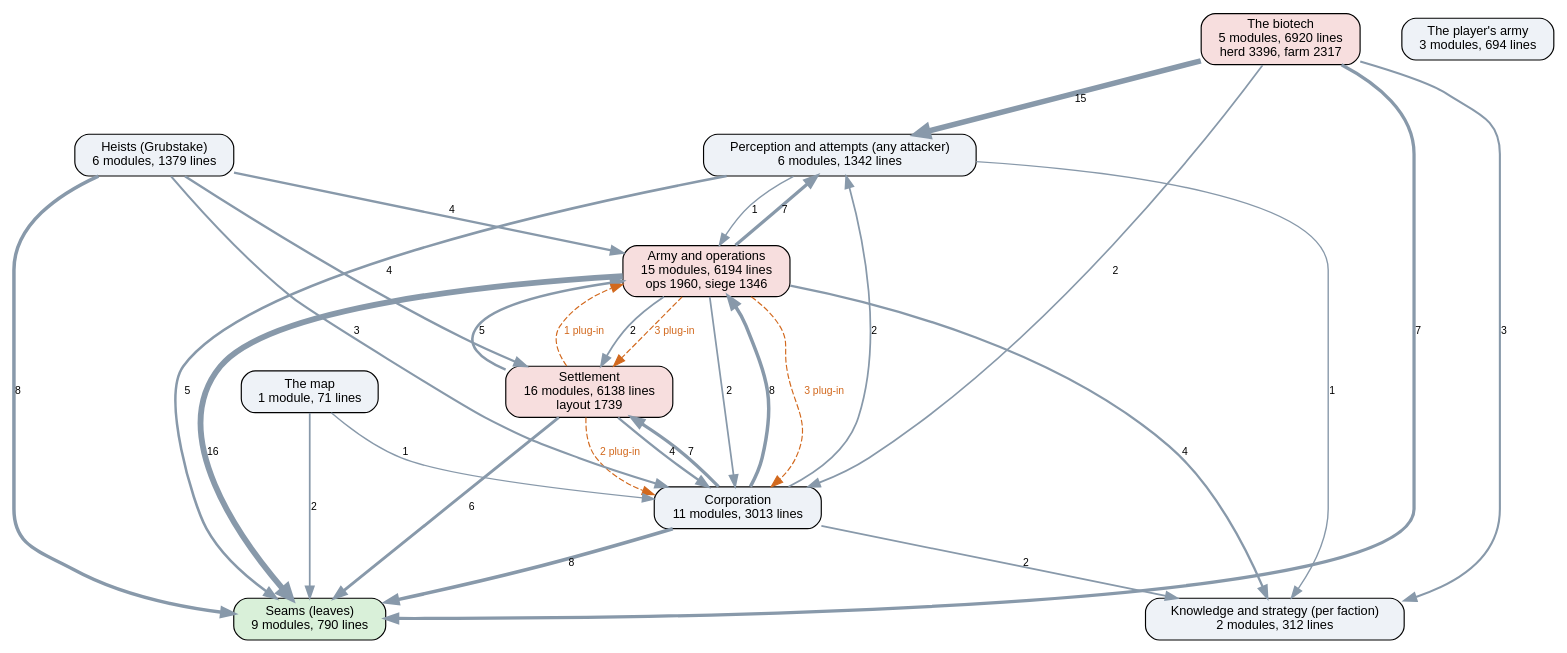
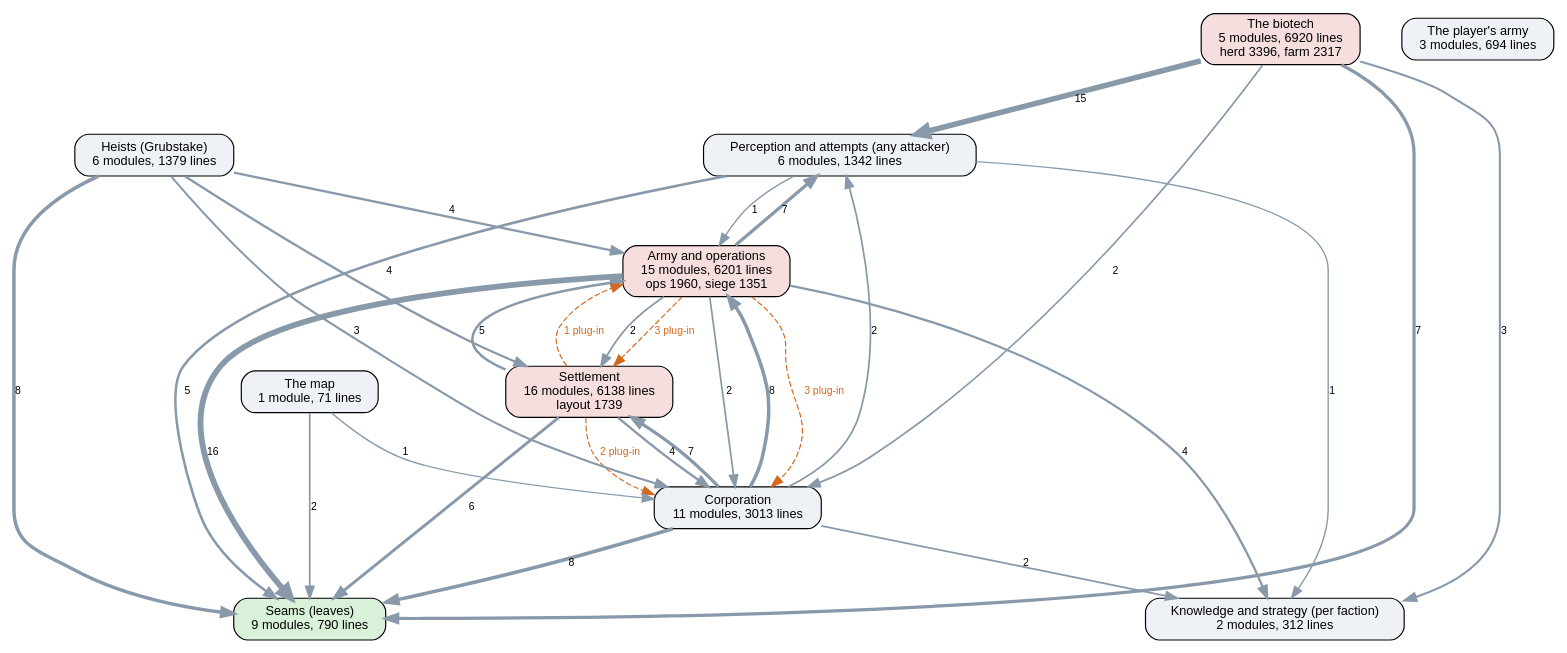
The diagram in docs/ai-layers.dot (kinelhu/landing-party), drawn with Graphviz before and after one commit. The commit also changed 8 other files, not shown here.

```diff
--- a/docs/ai-layers.dot
+++ b/docs/ai-layers.dot
@@ -1,45 +1,45 @@
 digraph layers {
   graph [rankdir=TB, fontname="Helvetica", nodesep=0.5, ranksep=0.7];
   node [shape=box, style="rounded,filled", fontname="Helvetica", fontsize=11, fillcolor="#eef2f7"];
   edge [color="#8899aa", fontname="Helvetica", fontsize=9];
   "Seams (leaves)" [label="Seams (leaves)\n9 modules, 790 lines", fillcolor="#d9f0d9"];
   "Perception and attempts (any attacker)" [label="Perception and attempts (any attacker)\n6 modules, 1342 lines", fillcolor="#eef2f7"];
   "Knowledge and strategy (per faction)" [label="Knowledge and strategy (per faction)\n2 modules, 312 lines", fillcolor="#eef2f7"];
   "Corporation" [label="Corporation\n11 modules, 3013 lines", fillcolor="#eef2f7"];
   "Settlement" [label="Settlement\n16 modules, 6138 lines\nlayout 1739", fillcolor="#f7dede"];
-  "Army and operations" [label="Army and operations\n15 modules, 6194 lines\nops 1960, siege 1346", fillcolor="#f7dede"];
+  "Army and operations" [label="Army and operations\n15 modules, 6201 lines\nops 1960, siege 1351", fillcolor="#f7dede"];
   "Heists (Grubstake)" [label="Heists (Grubstake)\n6 modules, 1379 lines", fillcolor="#eef2f7"];
   "The biotech" [label="The biotech\n5 modules, 6920 lines\nherd 3396, farm 2317", fillcolor="#f7dede"];
   "The map" [label="The map\n1 module, 71 lines", fillcolor="#eef2f7"];
   "The player's army" [label="The player's army\n3 modules, 694 lines", fillcolor="#eef2f7"];
   "Army and operations" -> "Corporation" [label="2", penwidth=1.5];
   "Army and operations" -> "Knowledge and strategy (per faction)" [label="4", penwidth=2.0];
   "Army and operations" -> "Perception and attempts (any attacker)" [label="7", penwidth=2.8];
   "Army and operations" -> "Seams (leaves)" [label="16", penwidth=5.0];
   "Army and operations" -> "Settlement" [label="2", penwidth=1.5];
   "Corporation" -> "Army and operations" [label="8", penwidth=3.0];
   "Corporation" -> "Knowledge and strategy (per faction)" [label="2", penwidth=1.5];
   "Corporation" -> "Perception and attempts (any attacker)" [label="2", penwidth=1.5];
   "Corporation" -> "Seams (leaves)" [label="8", penwidth=3.0];
   "Corporation" -> "Settlement" [label="7", penwidth=2.8];
   "Heists (Grubstake)" -> "Army and operations" [label="4", penwidth=2.0];
   "Heists (Grubstake)" -> "Corporation" [label="3", penwidth=1.8];
   "Heists (Grubstake)" -> "Seams (leaves)" [label="8", penwidth=3.0];
   "Heists (Grubstake)" -> "Settlement" [label="4", penwidth=2.0];
   "Perception and attempts (any attacker)" -> "Army and operations" [label="1", penwidth=1.2];
   "Perception and attempts (any attacker)" -> "Knowledge and strategy (per faction)" [label="1", penwidth=1.2];
   "Perception and attempts (any attacker)" -> "Seams (leaves)" [label="5", penwidth=2.2];
   "Settlement" -> "Army and operations" [label="5", penwidth=2.2];
   "Settlement" -> "Corporation" [label="4", penwidth=2.0];
   "Settlement" -> "Seams (leaves)" [label="6", penwidth=2.5];
   "The biotech" -> "Corporation" [label="2", penwidth=1.5];
   "The biotech" -> "Knowledge and strategy (per faction)" [label="3", penwidth=1.8];
   "The biotech" -> "Perception and attempts (any attacker)" [label="15", penwidth=4.8];
   "The biotech" -> "Seams (leaves)" [label="7", penwidth=2.8];
   "The map" -> "Corporation" [label="1", penwidth=1.2];
   "The map" -> "Seams (leaves)" [label="2", penwidth=1.5];
   "Army and operations" -> "Corporation" [style=dashed, color="#d2691e", fontcolor="#d2691e", label="3 plug-in"];
   "Army and operations" -> "Settlement" [style=dashed, color="#d2691e", fontcolor="#d2691e", label="3 plug-in"];
   "Settlement" -> "Army and operations" [style=dashed, color="#d2691e", fontcolor="#d2691e", label="1 plug-in"];
   "Settlement" -> "Corporation" [style=dashed, color="#d2691e", fontcolor="#d2691e", label="2 plug-in"];
 }
```
